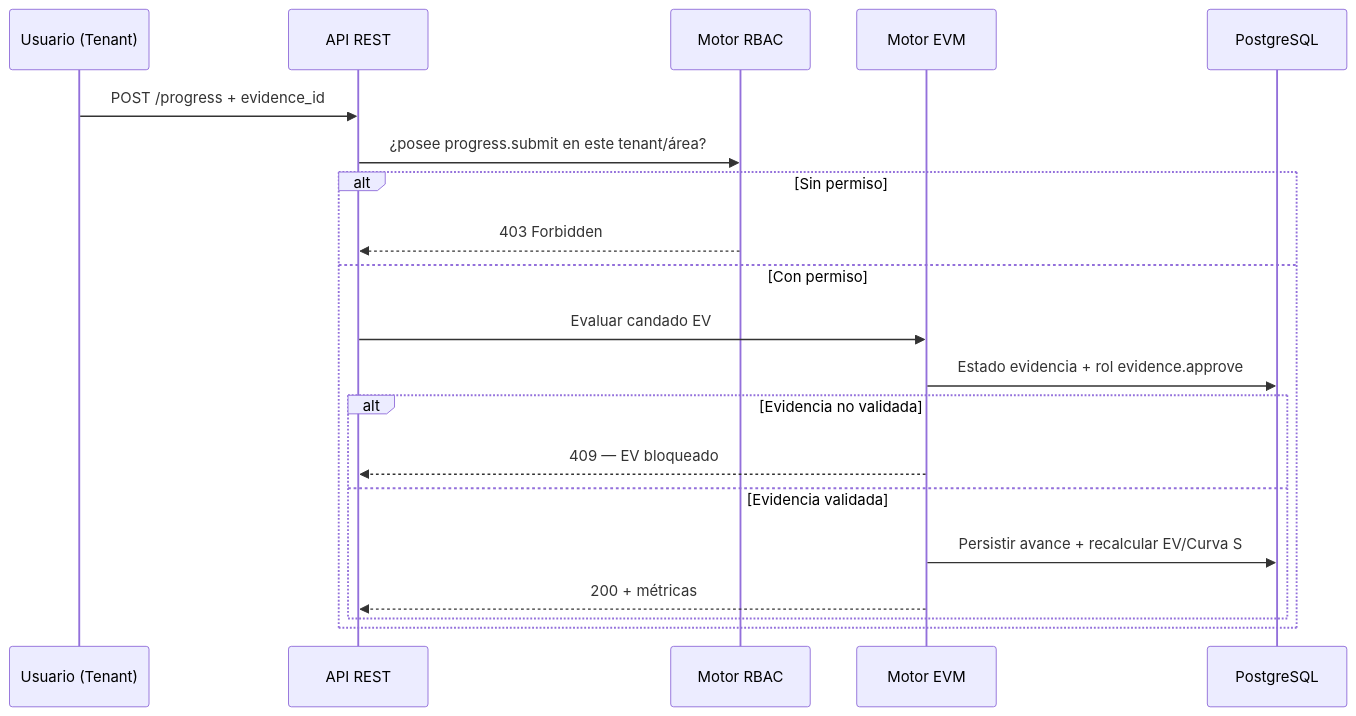
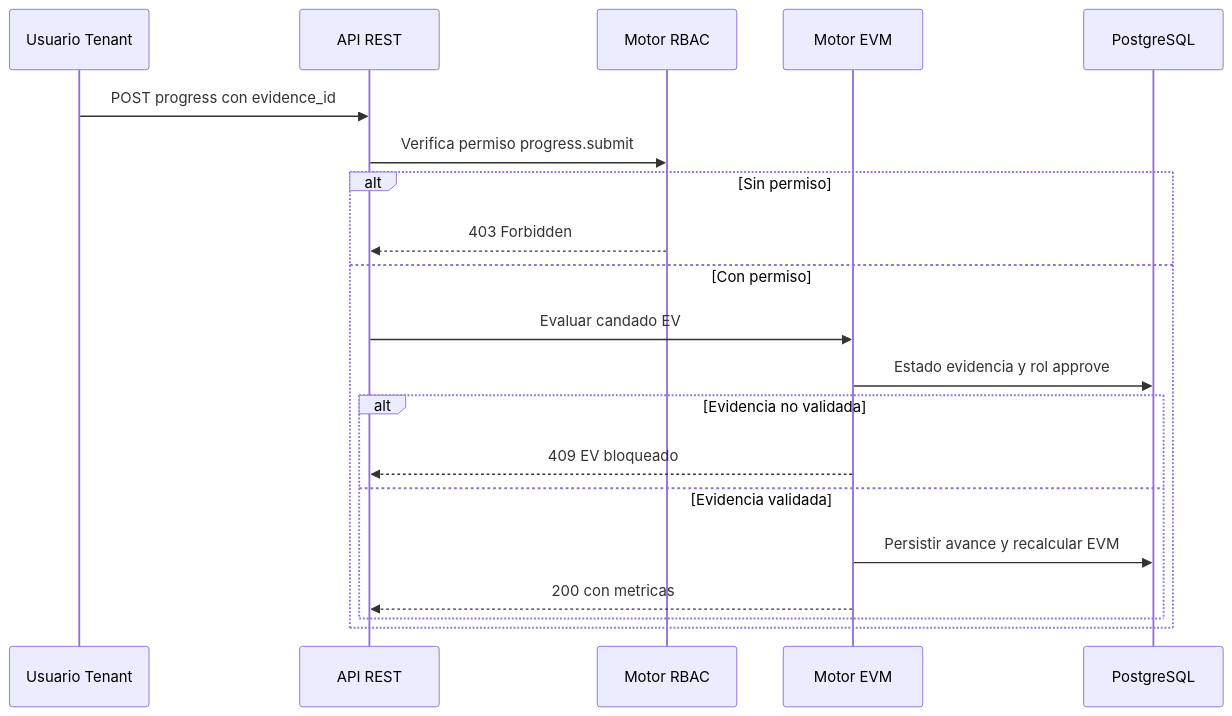
The second of 5 diagrams in README.md (CrisLogOps/UNAB-EVM), drawn with Mermaid before and after one commit. The commit also changed other lines of this file, not shown here.

First line of the commit message:
fix(docs): compatibilizar diagramas Mermaid con el renderer de GitHub.

````diff
--- a/README.md
+++ b/README.md
@@ -167,23 +167,23 @@
 ```mermaid
 sequenceDiagram
-    participant U as Usuario (Tenant)
+    participant U as Usuario Tenant
     participant API as API REST
     participant RBAC as Motor RBAC
     participant EVM as Motor EVM
     participant DB as PostgreSQL
 
-    U->>API: POST /progress + evidence_id
-    API->>RBAC: ¿posee progress.submit en este tenant/área?
+    U->>API: POST progress con evidence_id
+    API->>RBAC: Verifica permiso progress.submit
     alt Sin permiso
         RBAC-->>API: 403 Forbidden
     else Con permiso
         API->>EVM: Evaluar candado EV
-        EVM->>DB: Estado evidencia + rol evidence.approve
+        EVM->>DB: Estado evidencia y rol approve
         alt Evidencia no validada
-            EVM-->>API: 409 — EV bloqueado
+            EVM-->>API: 409 EV bloqueado
         else Evidencia validada
-            EVM->>DB: Persistir avance + recalcular EV/Curva S
-            EVM-->>API: 200 + métricas
+            EVM->>DB: Persistir avance y recalcular EVM
+            EVM-->>API: 200 con metricas
         end
     end
 ```
````
